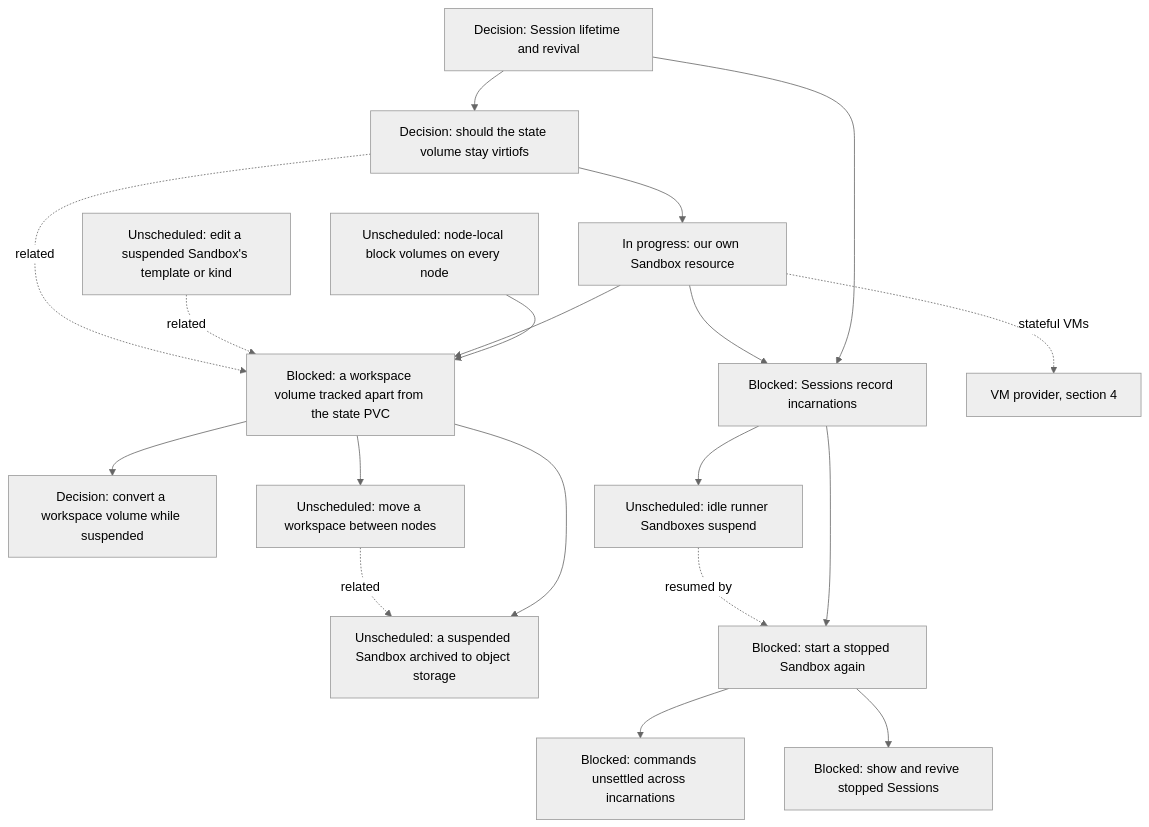
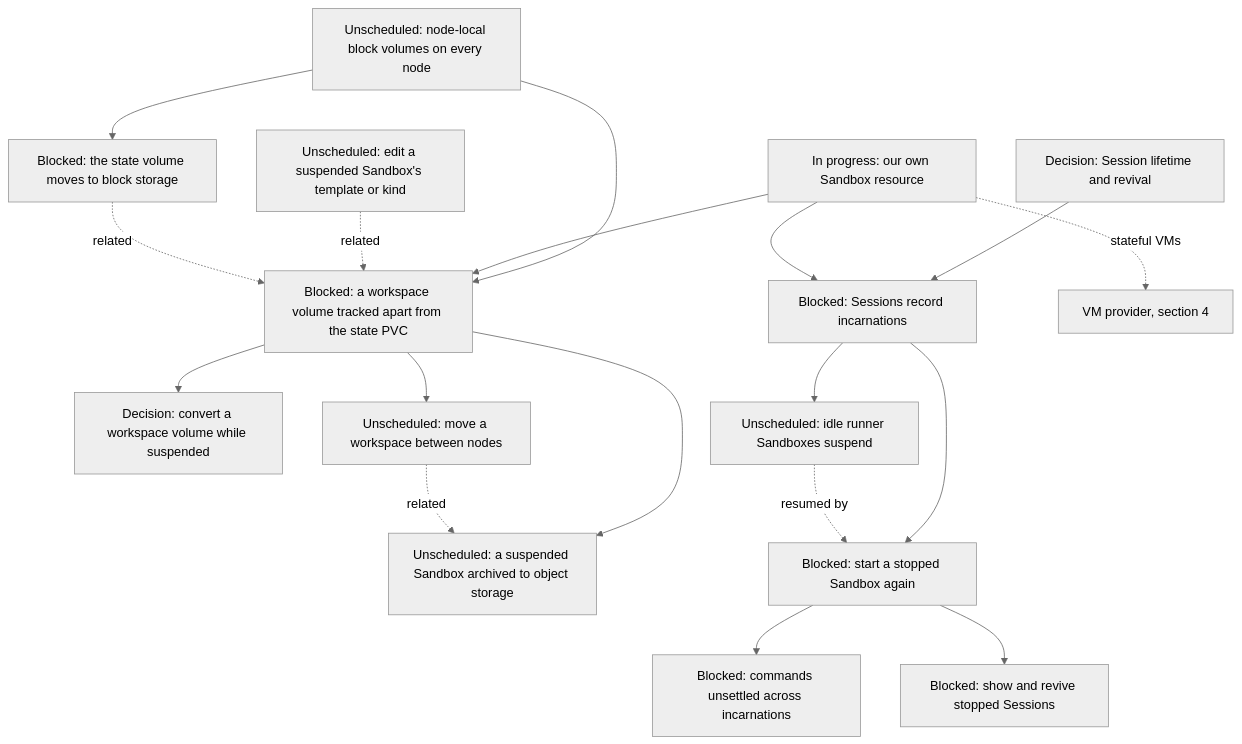
One commit to agentydragon/ducktape changed the ninth of 15 diagrams in agentplane/plans/task_dag.md. Above: the diagram before and after it, drawn with Mermaid (neutral theme). The commit also changed other lines of this file, not shown here.

First line of the commit message:
agentplane: turn the state volume decision into a move to block storage

````diff
--- a/agentplane/plans/task_dag.md
+++ b/agentplane/plans/task_dag.md
@@ -663,35 +663,34 @@
 ```mermaid
 flowchart TD
     DURABLE_SESSION_LIFECYCLE[Decision: Session lifetime and revival]
-    SESSION_STATE_VOLUME_DESIGN[Decision: should the state volume stay virtiofs]
+    STATE_VOLUME_BLOCK[Blocked: the state volume moves to block storage]
     NODE_LOCAL_BLOCK_STORAGE[Unscheduled: node-local block volumes on every node]
     WORKSPACE_VOLUME[Blocked: a workspace volume tracked apart from the state PVC]
     SANDBOX_SPEC_EDIT[Unscheduled: edit a suspended Sandbox's template or kind]
     WORKSPACE_CONVERSION[Decision: convert a workspace volume while suspended]
     WORKSPACE_NODE_PORTABILITY[Unscheduled: move a workspace between nodes]
     SANDBOX_ARCHIVE[Unscheduled: a suspended Sandbox archived to object storage]
     AGENTPLANE_SANDBOX_RESOURCE[In progress: our own Sandbox resource]
     SESSION_INCARNATIONS[Blocked: Sessions record incarnations]
     SESSION_REVIVE[Blocked: start a stopped Sandbox again]
     THREAD_SUCCESSOR_DELIVERY[Blocked: commands unsettled across incarnations]
     HOSTED_THREAD_SURFACES[Blocked: show and revive stopped Sessions]
     VM_PROVIDER[VM provider, section 4]
-    DURABLE_SESSION_LIFECYCLE --> SESSION_STATE_VOLUME_DESIGN
     DURABLE_SESSION_LIFECYCLE --> SESSION_INCARNATIONS
-    SESSION_STATE_VOLUME_DESIGN --> AGENTPLANE_SANDBOX_RESOURCE
+    NODE_LOCAL_BLOCK_STORAGE --> STATE_VOLUME_BLOCK
     NODE_LOCAL_BLOCK_STORAGE --> WORKSPACE_VOLUME
     AGENTPLANE_SANDBOX_RESOURCE --> WORKSPACE_VOLUME
     WORKSPACE_VOLUME --> WORKSPACE_CONVERSION
     WORKSPACE_VOLUME --> WORKSPACE_NODE_PORTABILITY
     WORKSPACE_VOLUME --> SANDBOX_ARCHIVE
     WORKSPACE_NODE_PORTABILITY -. related .-> SANDBOX_ARCHIVE
     SANDBOX_SPEC_EDIT -. related .-> WORKSPACE_VOLUME
-    SESSION_STATE_VOLUME_DESIGN -. related .-> WORKSPACE_VOLUME
+    STATE_VOLUME_BLOCK -. related .-> WORKSPACE_VOLUME
     AGENTPLANE_SANDBOX_RESOURCE --> SESSION_INCARNATIONS
     AGENTPLANE_SANDBOX_RESOURCE -. stateful VMs .-> VM_PROVIDER
     SESSION_INCARNATIONS --> SESSION_REVIVE
     SESSION_INCARNATIONS --> SANDBOX_IDLE_EXPIRY[Unscheduled: idle runner Sandboxes suspend]
     SANDBOX_IDLE_EXPIRY -. resumed by .-> SESSION_REVIVE
     SESSION_REVIVE --> THREAD_SUCCESSOR_DELIVERY
     SESSION_REVIVE --> HOSTED_THREAD_SURFACES
 ```
````
